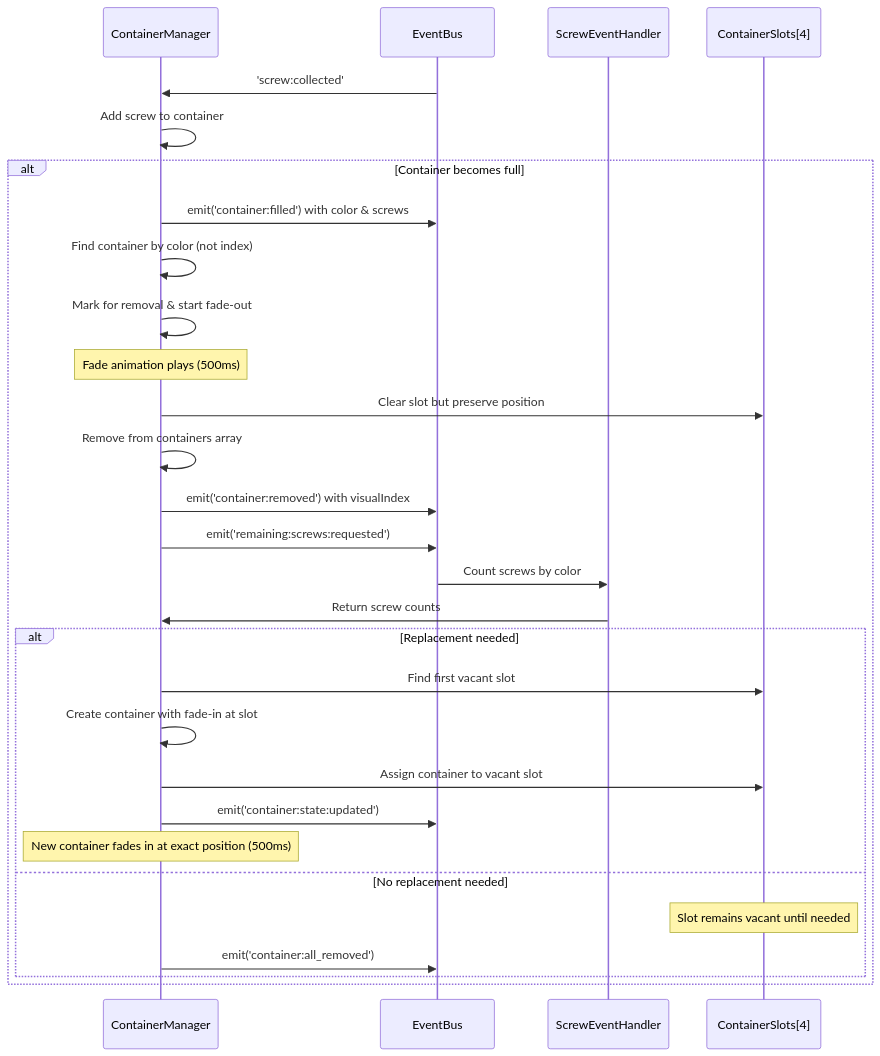
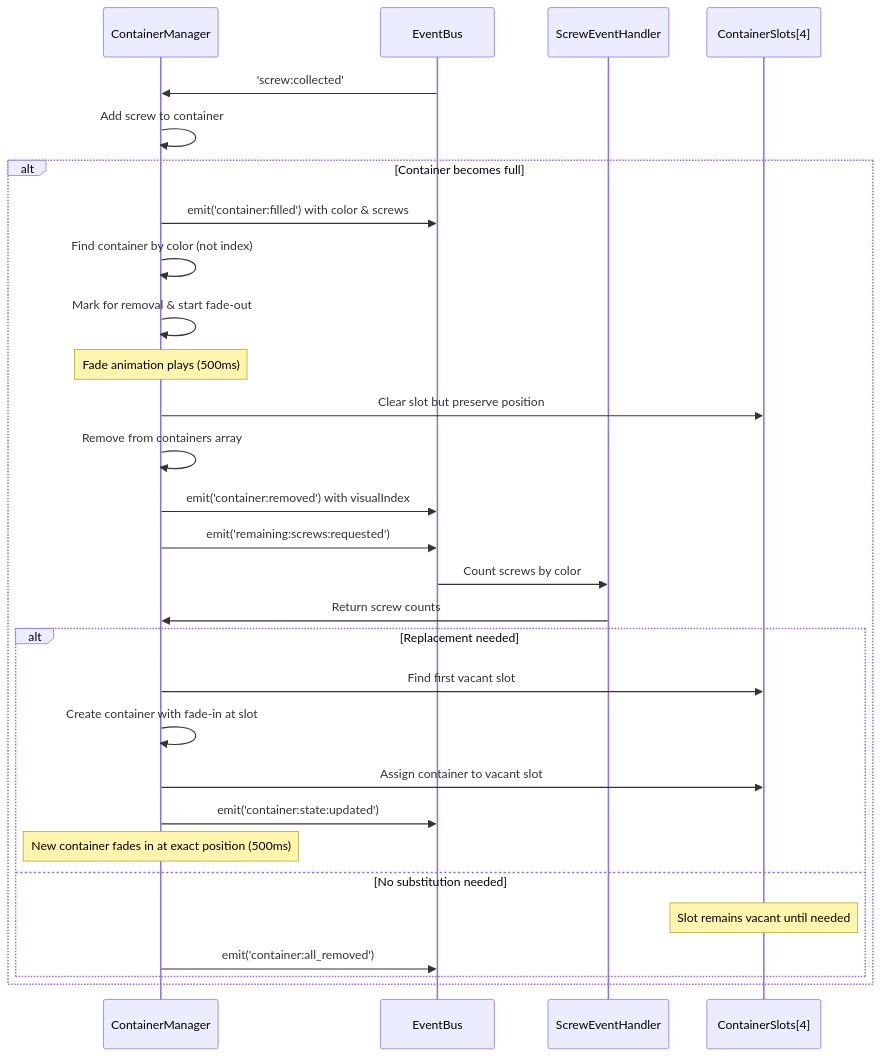
The third of 3 diagrams in docs/game_architecture.md (paulrobello/par-shape-2d), drawn with Mermaid before and after one commit. The commit also changed other lines of this file and 1 other file, not shown here.

````diff
--- a/docs/game_architecture.md
+++ b/docs/game_architecture.md
@@ -349,37 +349,37 @@
 ```mermaid
 sequenceDiagram
     participant CM as ContainerManager
     participant EB as EventBus
     participant SEH as ScrewEventHandler
     participant Slots as ContainerSlots[4]
 
     EB->>CM: 'screw:collected'
     CM->>CM: Add screw to container
     
     alt Container becomes full
         CM->>EB: emit('container:filled') with color & screws
         CM->>CM: Find container by color (not index)
         CM->>CM: Mark for removal & start fade-out
         
         Note over CM: Fade animation plays (500ms)
         
         CM->>Slots: Clear slot but preserve position
         CM->>CM: Remove from containers array
         CM->>EB: emit('container:removed') with visualIndex
         
         CM->>EB: emit('remaining:screws:requested')
         EB->>SEH: Count screws by color
         SEH->>CM: Return screw counts
         
         alt Replacement needed
             CM->>Slots: Find first vacant slot
             CM->>CM: Create container with fade-in at slot
             CM->>Slots: Assign container to vacant slot
             CM->>EB: emit('container:state:updated')
             Note over CM: New container fades in at exact position (500ms)
-        else No replacement needed
+        else No substitution needed
             Note over Slots: Slot remains vacant until needed
             CM->>EB: emit('container:all_removed')
         end
     end
 ```
````
